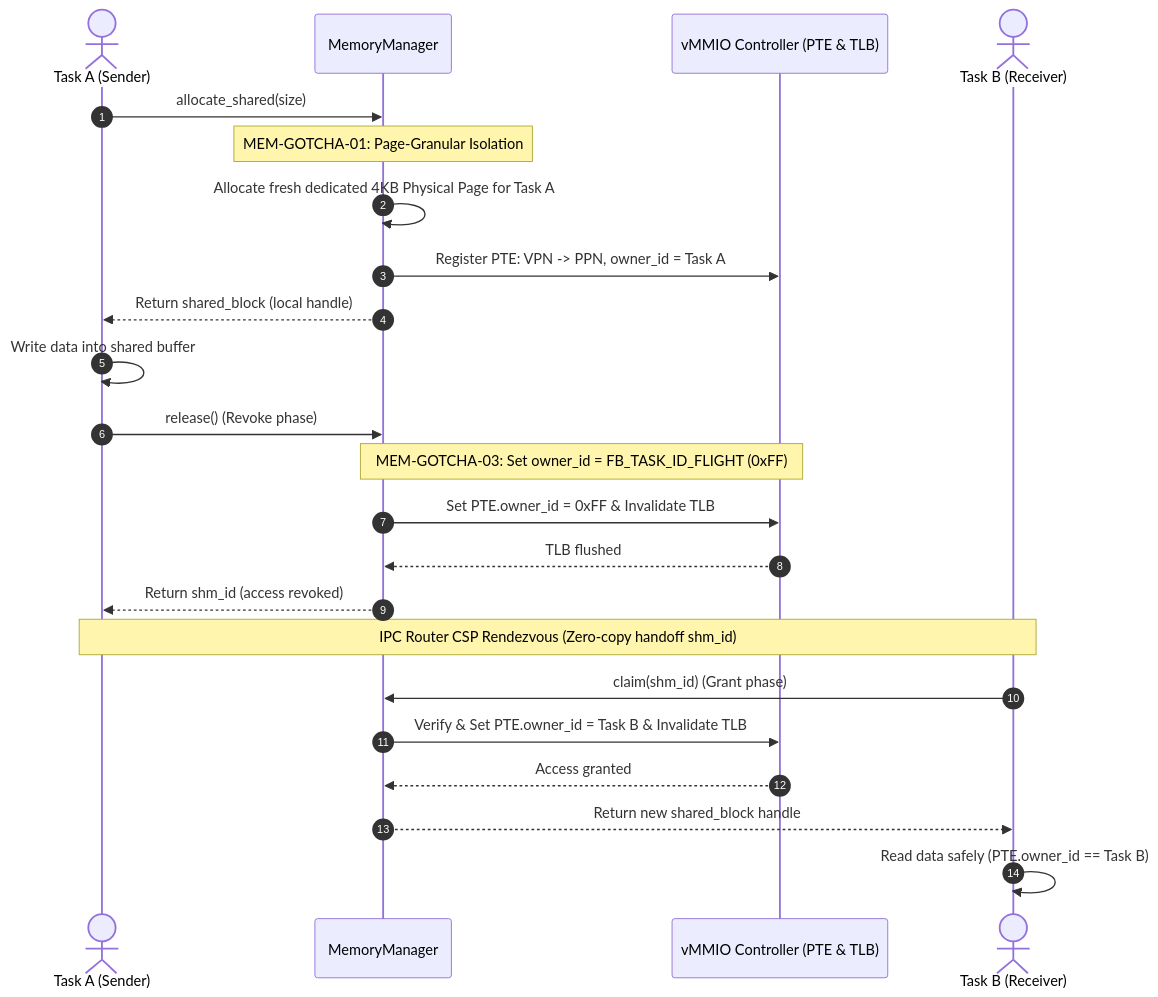
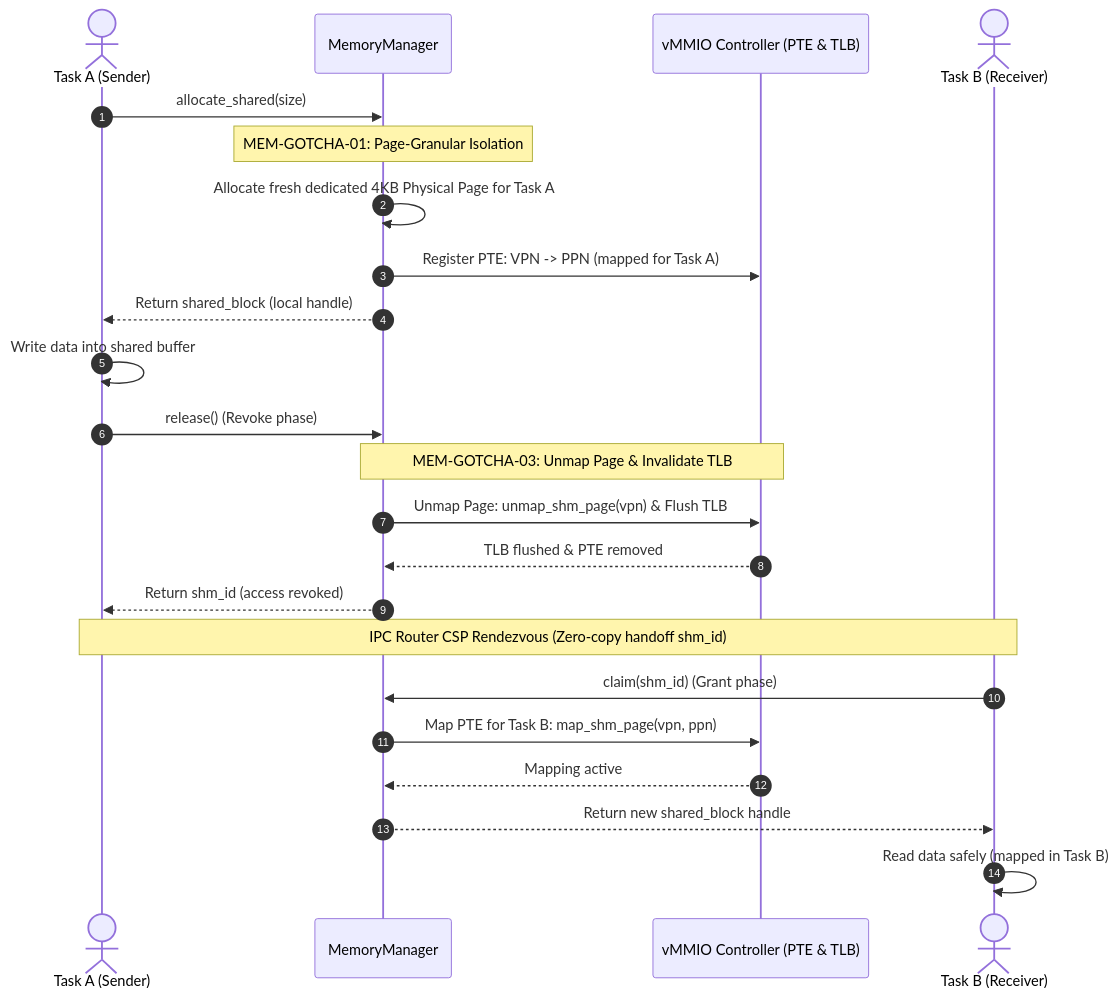
Before and after one commit to kmt-t/fireball: the first of 2 diagrams in docs/components/tier3_platform/platform_memory.md, drawn with Mermaid. The commit also changed other lines of this file and 7 other files, not shown here.

First line of the commit message:
feat(vmmio): design textbook bitmap allocator for SHM and eliminate owner_id from PTE

````diff
--- a/docs/components/tier3_platform/platform_memory.md
+++ b/docs/components/tier3_platform/platform_memory.md
@@ -185,29 +185,29 @@
 ```mermaid
 sequenceDiagram
     autonumber
     actor TaskA as Task A (Sender)
     participant Mem as MemoryManager
     participant vMMIO as vMMIO Controller (PTE & TLB)
     actor TaskB as Task B (Receiver)
 
     TaskA->>Mem: allocate_shared(size)
     Note over Mem: MEM-GOTCHA-01: Page-Granular Isolation
     Mem->>Mem: Allocate fresh dedicated 4KB Physical Page for Task A
-    Mem->>vMMIO: Register PTE: VPN -> PPN, owner_id = Task A
+    Mem->>vMMIO: Register PTE: VPN -> PPN (mapped for Task A)
     Mem-->>TaskA: Return shared_block (local handle)
 
     TaskA->>TaskA: Write data into shared buffer
     TaskA->>Mem: release() (Revoke phase)
-    Note over Mem,vMMIO: MEM-GOTCHA-03: Set owner_id = FB_TASK_ID_FLIGHT (0xFF)
-    Mem->>vMMIO: Set PTE.owner_id = 0xFF & Invalidate TLB
-    vMMIO-->>Mem: TLB flushed
+    Note over Mem,vMMIO: MEM-GOTCHA-03: Unmap Page & Invalidate TLB
+    Mem->>vMMIO: Unmap Page: unmap_shm_page(vpn) & Flush TLB
+    vMMIO-->>Mem: TLB flushed & PTE removed
     Mem-->>TaskA: Return shm_id (access revoked)
 
     Note over TaskA,TaskB: IPC Router CSP Rendezvous (Zero-copy handoff shm_id)
 
     TaskB->>Mem: claim(shm_id) (Grant phase)
-    Mem->>vMMIO: Verify & Set PTE.owner_id = Task B & Invalidate TLB
-    vMMIO-->>Mem: Access granted
+    Mem->>vMMIO: Map PTE for Task B: map_shm_page(vpn, ppn)
+    vMMIO-->>Mem: Mapping active
     Mem-->>TaskB: Return new shared_block handle
-    TaskB->>TaskB: Read data safely (PTE.owner_id == Task B)
+    TaskB->>TaskB: Read data safely (mapped in Task B)
 ```
````
